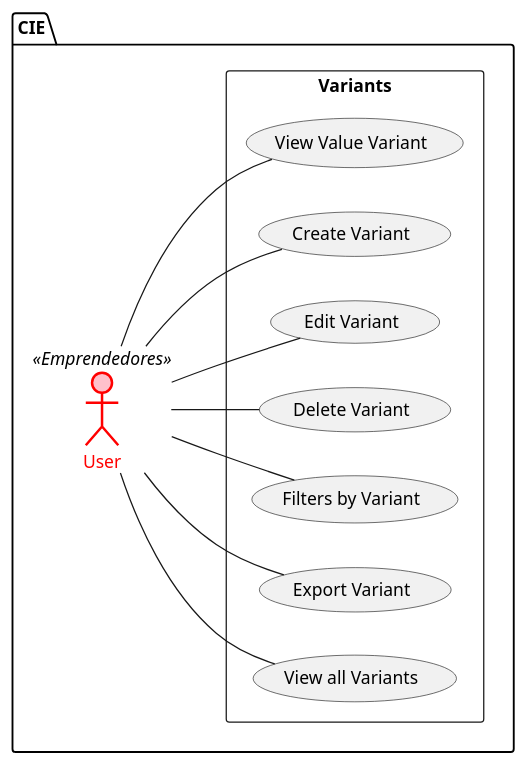
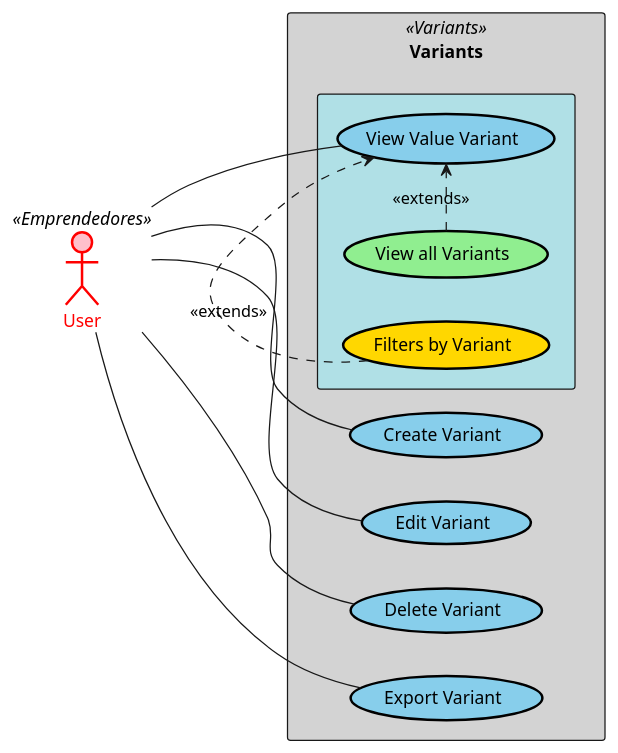
One commit to CIE-UPB/docs changed the diagram in assets/domain-model/VariantsProducts.puml. Above: the diagram before and after it, drawn with PlantUML. The commit also changed 31 other files, not shown here.

```diff
--- a/assets/domain-model/VariantsProducts.puml
+++ b/assets/domain-model/VariantsProducts.puml
@@ -1,29 +1,36 @@
-@startuml Roles
+@startuml VariantsProducts
+skinparam rectangle {
+  BackgroundColor<<Variants>> LightGrey
+}
+skinparam usecase {
+  BackgroundColor White
+  BorderColor Black
+  BorderThickness 2
+}
+skinparam actor {
+  BackgroundColor AntiqueWhite
+  BorderColor Black
+}
 left to right direction
 
-package CIE {
-    actor "User" as user <<Emprendedores>> #pink;line:red;line.bold;text:red
-    
-    rectangle Variants {
-        usecase "View Value Variant"
-        usecase "Create Variant"
-        usecase "Edit Variant"
-        usecase "Delete Variant"
-        usecase "Filters by Variant"
-        usecase "Export Variant"
-        usecase "View all Variants"
+actor "User" as user <<Emprendedores>> #pink;line:red;line.bold;text:red
+
+rectangle Variants <<Variants>> {
+    usecase "Create Variant" as CV #SkyBlue
+    usecase "Edit Variant" as EV #SkyBlue
+    usecase "Delete Variant" as DV #SkyBlue
+    usecase "Export Variant" as EXV #SkyBlue
+    rectangle #PowderBlue {
+        usecase "View Value Variant" as VVV #SkyBlue
+        usecase "View all Variants" as VAC #LightGreen
+        usecase "Filters by Variant" as FBV #Gold
     }
-
-
-
-    user -- (View Value Variant)
-    user -- (Create Variant)
-    user -- (Edit Variant)
-    user -- (Delete Variant)
-    user -- (Filters by Variant)
-    user -- (Export Variant)
-    user -- (View all Variants)
 }
-
-
+user -- VVV
+user -- CV
+user -- EV
+user -- DV
+user -- EXV
+VAC .> VVV : <<extends>>
+FBV .> VVV : <<extends>>
 @enduml
```
